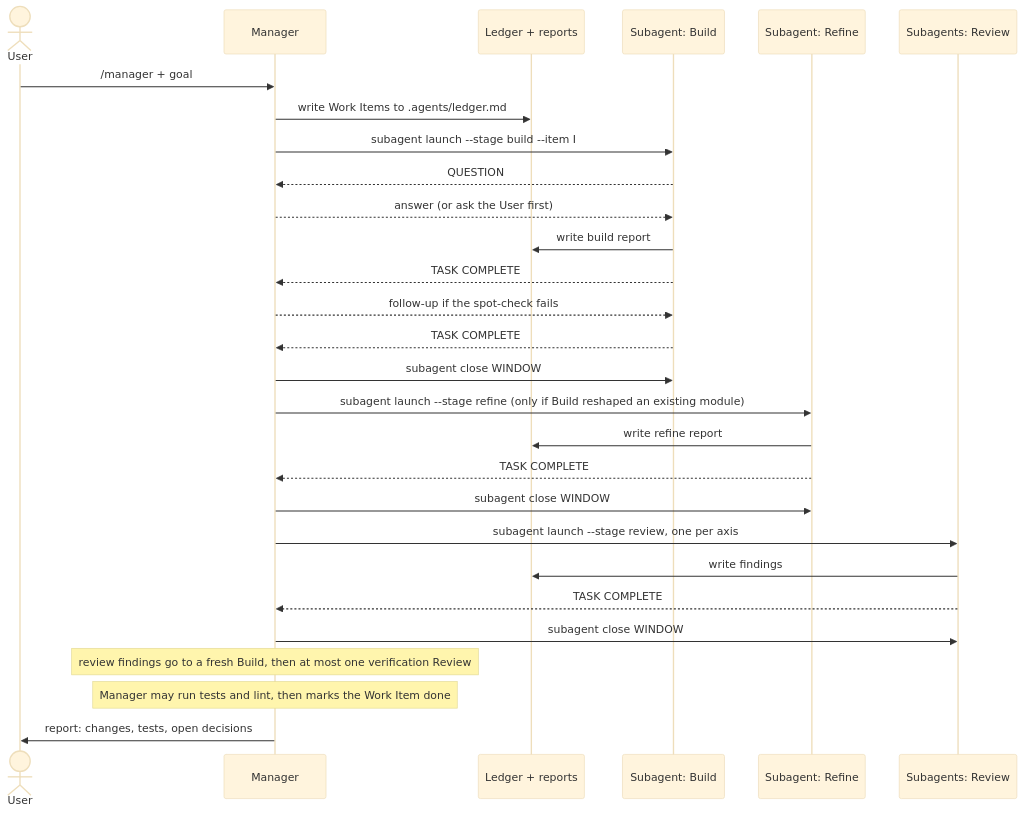
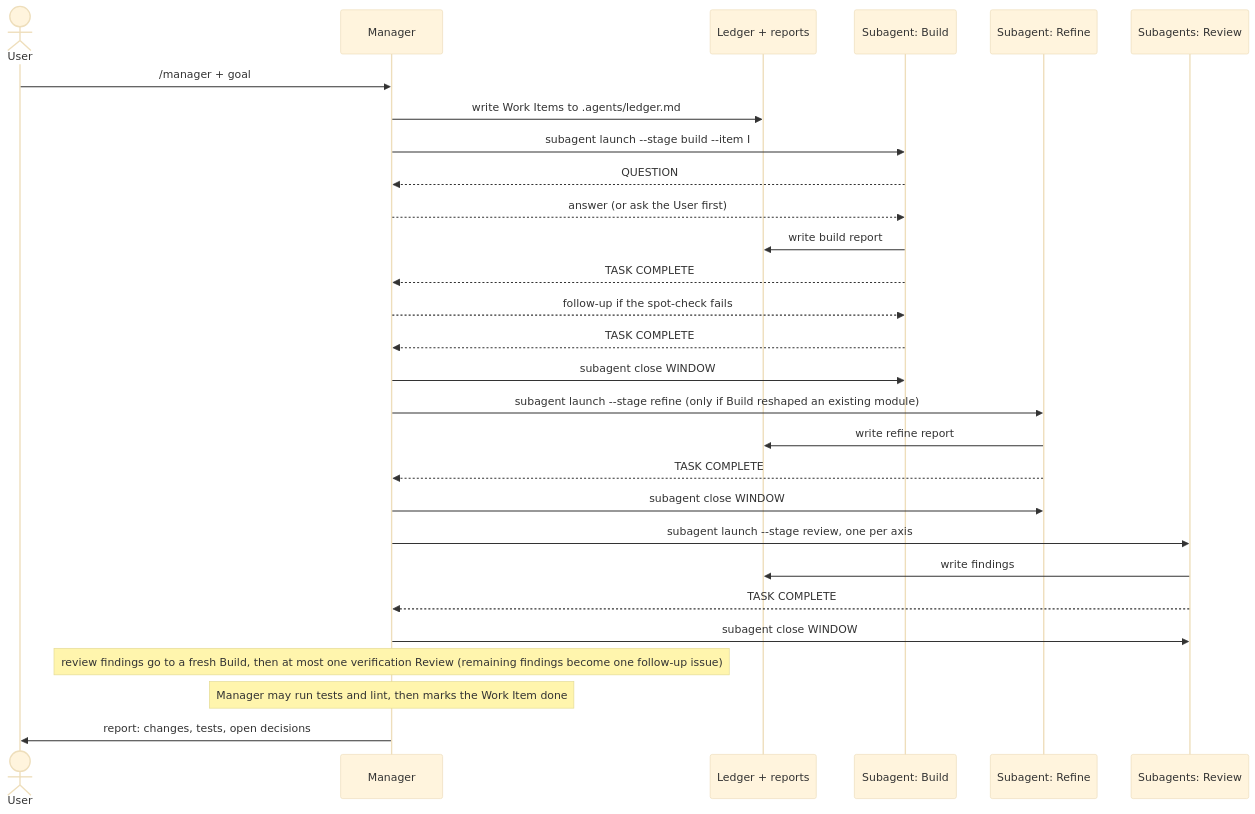
Before and after one commit to vieitesss/dotfiles: the second of 2 diagrams in docs/workflow.md, drawn with Mermaid (base theme). The commit also changed other lines of this file and 3 other files, not shown here.

````diff
--- a/docs/workflow.md
+++ b/docs/workflow.md
@@ -95,31 +101,31 @@
 ```mermaid
 sequenceDiagram
     actor U as User
     participant M as Manager
     participant L as Ledger + reports
     participant B as Subagent: Build
     participant R as Subagent: Refine
     participant V as Subagents: Review
 
     U->>M: /manager + goal
     M->>L: write Work Items to .agents/ledger.md
     M->>B: subagent launch --stage build --item I
     B-->>M: QUESTION
     M-->>B: answer (or ask the User first)
     B->>L: write build report
     B-->>M: TASK COMPLETE
     M-->>B: follow-up if the spot-check fails
     B-->>M: TASK COMPLETE
     M->>B: subagent close WINDOW
     M->>R: subagent launch --stage refine (only if Build reshaped an existing module)
     R->>L: write refine report
     R-->>M: TASK COMPLETE
     M->>R: subagent close WINDOW
     M->>V: subagent launch --stage review, one per axis
     V->>L: write findings
     V-->>M: TASK COMPLETE
     M->>V: subagent close WINDOW
-    Note over M: review findings go to a fresh Build, then at most one verification Review
+    Note over M: review findings go to a fresh Build, then at most one verification Review (remaining findings become one follow-up issue)
     Note over M: Manager may run tests and lint, then marks the Work Item done
     M->>U: report: changes, tests, open decisions
 ```
````
